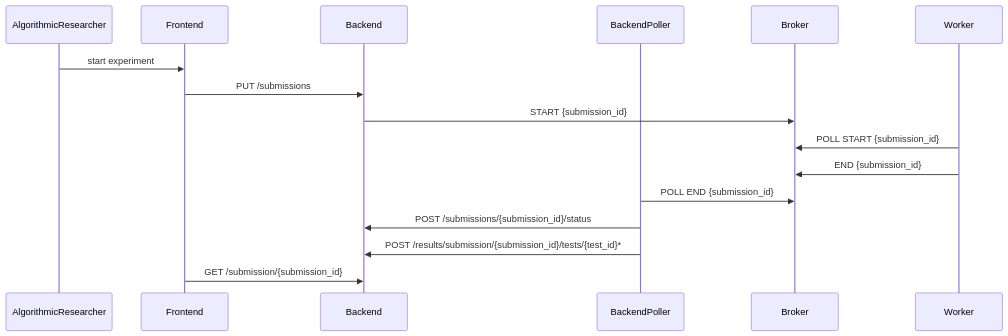
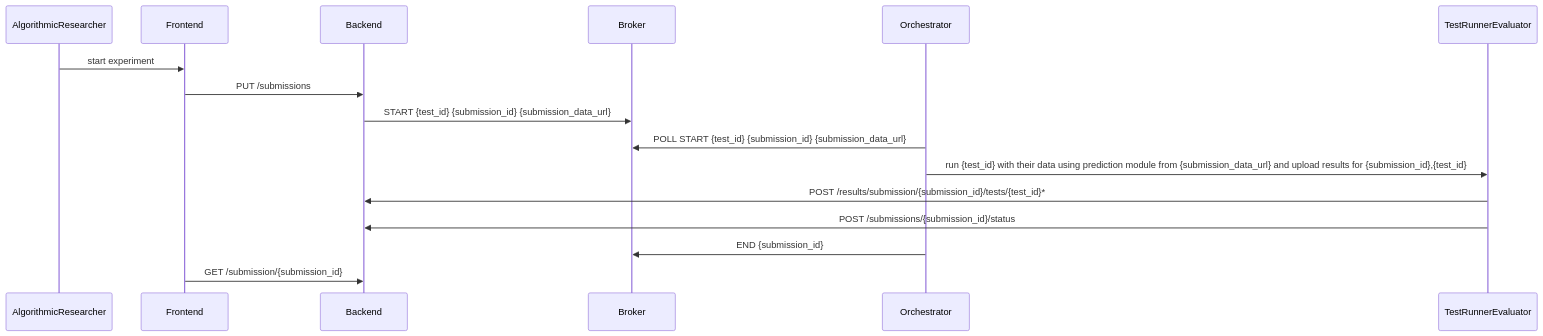
Before and after one commit to flatland-association/flatland-benchmarks: diagram 12 of 14 in docs/ARCHITECTURE.md, drawn with Mermaid.

Commit message:
Update closed-loop sequence diagram.

````diff
--- a/docs/ARCHITECTURE.md
+++ b/docs/ARCHITECTURE.md
@@ -964,13 +964,12 @@
 ```mermaid
 sequenceDiagram
   AlgorithmicResearcher ->> Frontend: start experiment
   Frontend ->> Backend: PUT /submissions
-  participant BackendPoller
-  Backend ->> Broker: START {submission_id}
-  Worker ->> Broker: POLL START {submission_id}
-  Worker ->> Broker: END {submission_id}
-  BackendPoller ->> Broker: POLL END {submission_id}
-  BackendPoller ->> Backend: POST /submissions/{submission_id}/status
-  BackendPoller ->> Backend: POST /results/submission/{submission_id}/tests/{test_id}*
+  Backend ->> Broker: START {test_id} {submission_id} {submission_data_url}
+  Orchestrator ->> Broker: POLL START {test_id} {submission_id} {submission_data_url}
+  Orchestrator ->> TestRunnerEvaluator: run {test_id} with their data using prediction module from {submission_data_url} and upload results for {submission_id},{test_id}
+  TestRunnerEvaluator ->> Backend: POST /results/submission/{submission_id}/tests/{test_id}*
+  TestRunnerEvaluator ->> Backend: POST /submissions/{submission_id}/status
+  Orchestrator ->> Broker: END {submission_id}
   Frontend ->> Backend: GET /submission/{submission_id}
 ```
````
